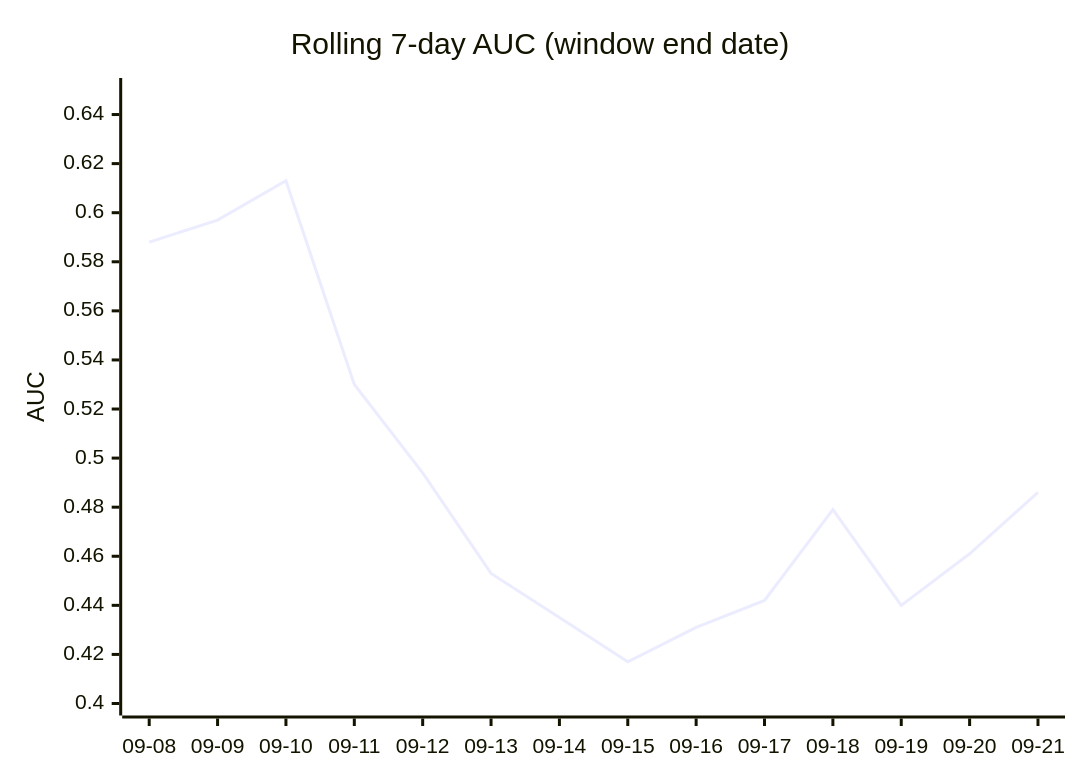
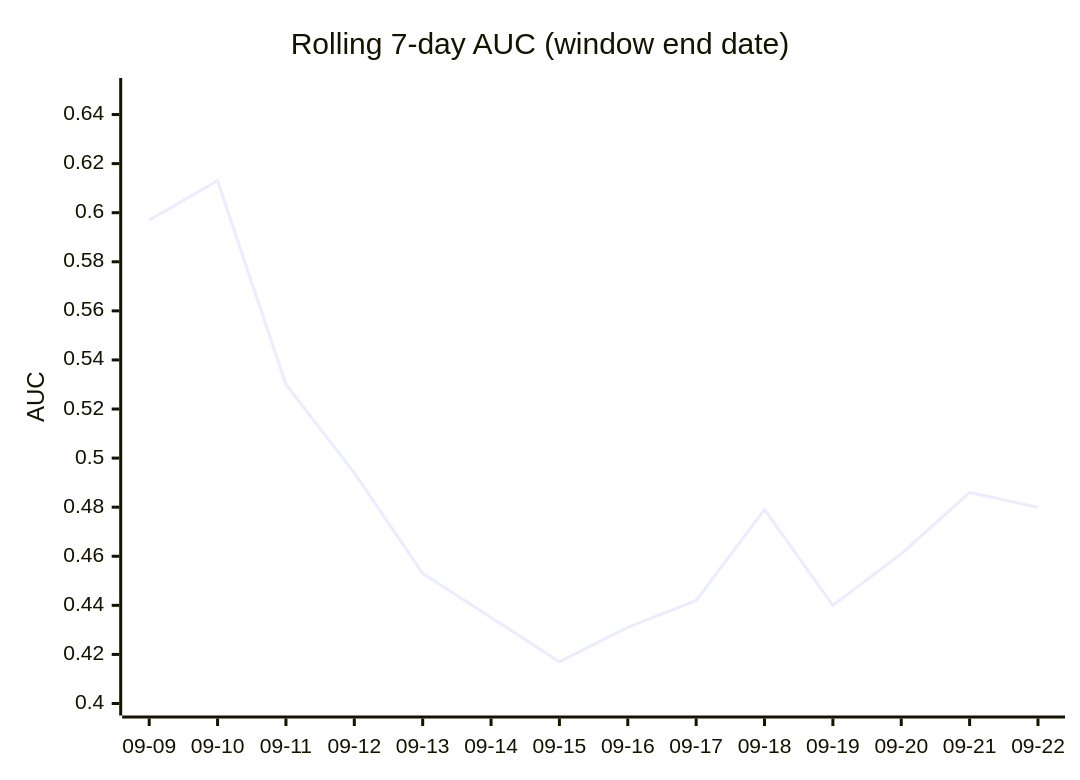
The third of 4 diagrams in DAILY_AGSU_REPORT.md (dpk1212/nhl-savant), drawn with Mermaid before and after one commit. The commit also changed other lines of this file, not shown here.

````diff
--- a/DAILY_AGSU_REPORT.md
+++ b/DAILY_AGSU_REPORT.md
@@ -855,7 +854,7 @@
 ```mermaid
 xychart-beta
     title "Rolling 7-day AUC (window end date)"
-    x-axis ["09-08", "09-09", "09-10", "09-11", "09-12", "09-13", "09-14", "09-15", "09-16", "09-17", "09-18", "09-19", "09-20", "09-21"]
+    x-axis ["09-09", "09-10", "09-11", "09-12", "09-13", "09-14", "09-15", "09-16", "09-17", "09-18", "09-19", "09-20", "09-21", "09-22"]
     y-axis "AUC" 0.4 --> 0.65
-    line [0.588, 0.597, 0.613, 0.53, 0.494, 0.453, 0.435, 0.417, 0.431, 0.442, 0.479, 0.44, 0.461, 0.486]
+    line [0.597, 0.613, 0.53, 0.494, 0.453, 0.435, 0.417, 0.431, 0.442, 0.479, 0.44, 0.461, 0.486, 0.48]
 ```
````
